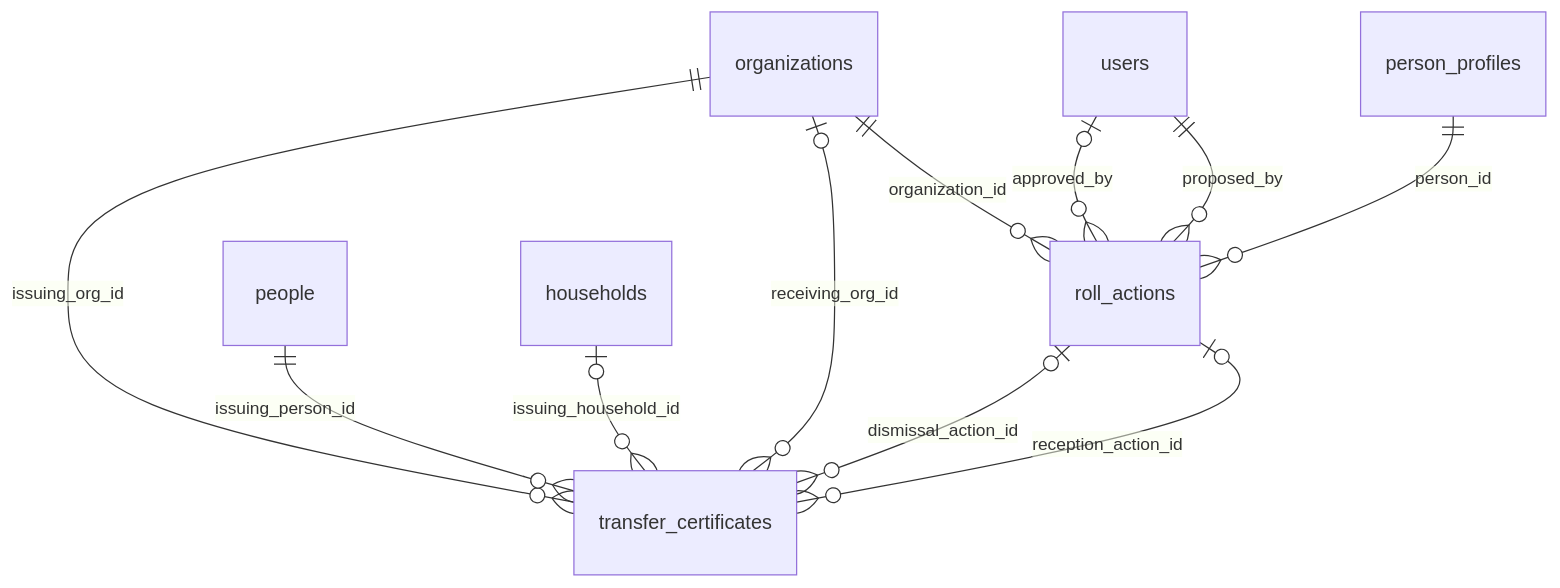
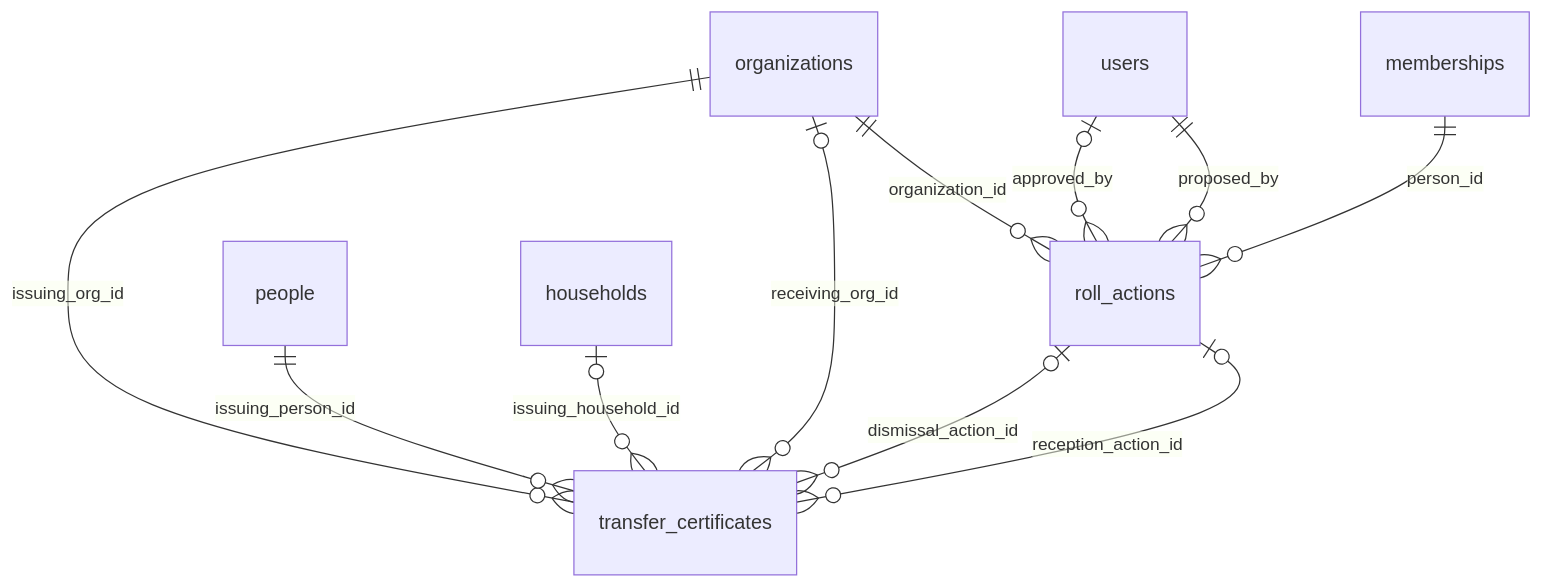
One commit to chenson42/presby changed the fourth of 9 diagrams in docs/schema-design.md. Above: the diagram before and after it, drawn with Mermaid. The commit also changed other lines of this file and 13 other files, not shown here.

First line of the commit message:
refactor(schema): link person data directly to people, add memberships

````diff
--- a/docs/schema-design.md
+++ b/docs/schema-design.md
@@ -156,13 +152,13 @@
 ```mermaid
 erDiagram
   organizations ||--o{ roll_actions : "organization_id"
   users |o--o{ roll_actions : "approved_by"
   users ||--o{ roll_actions : "proposed_by"
-  person_profiles ||--o{ roll_actions : "person_id"
+  memberships ||--o{ roll_actions : "person_id"
   organizations ||--o{ transfer_certificates : "issuing_org_id"
   people ||--o{ transfer_certificates : "issuing_person_id"
   households |o--o{ transfer_certificates : "issuing_household_id"
   organizations |o--o{ transfer_certificates : "receiving_org_id"
   roll_actions |o--o{ transfer_certificates : "dismissal_action_id"
   roll_actions |o--o{ transfer_certificates : "reception_action_id"
 ```
````
